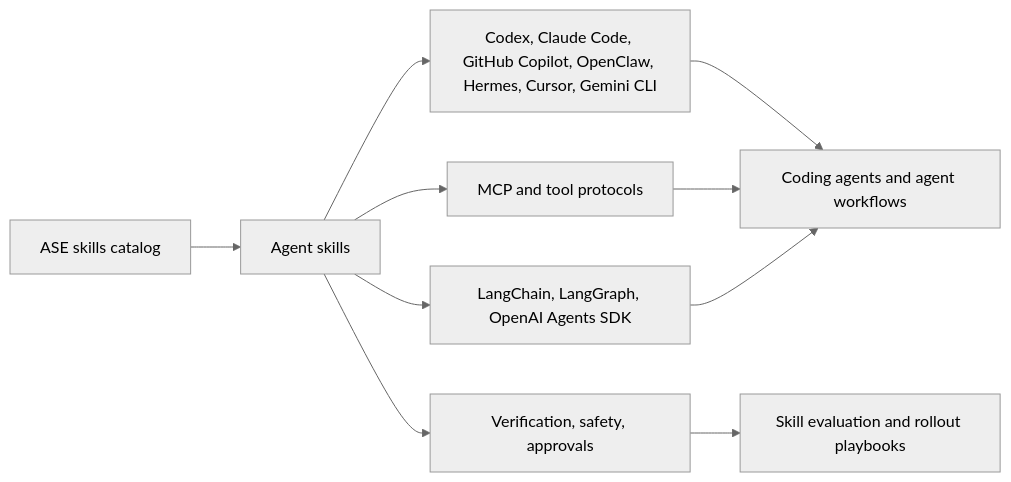
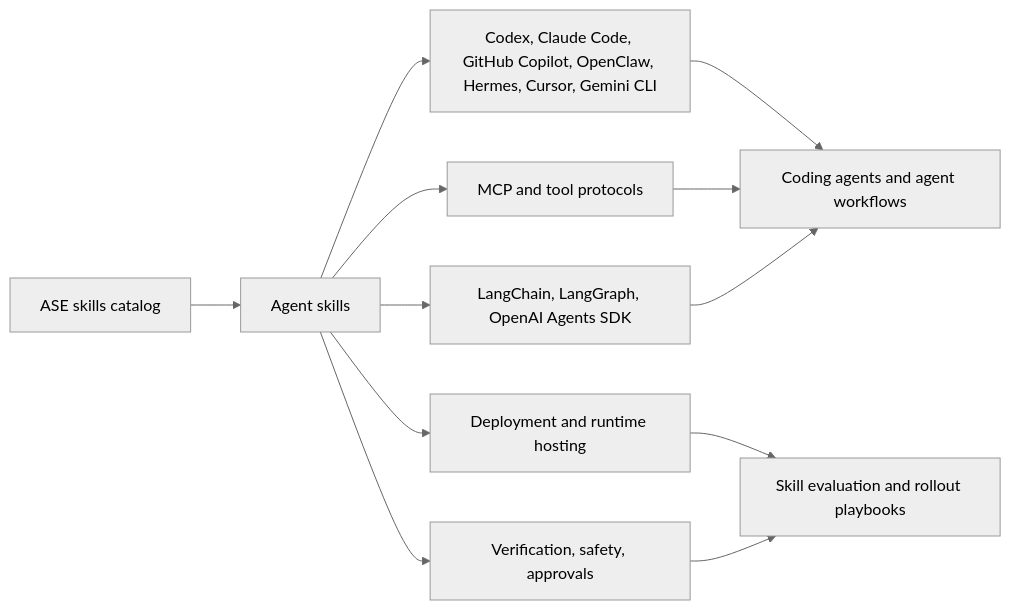
The first of 2 diagrams in overview.md (agentskillexchange/agent-skills-resources), drawn with Mermaid (neutral theme) before and after one commit. The commit also changed other lines of this file and 26 other files, not shown here.

Commit message:
docs: add deployment runtime coverage

````diff
--- a/overview.md
+++ b/overview.md
@@ -9,12 +9,14 @@
 ```mermaid
 flowchart LR
   Catalog["ASE skills catalog"] --> Skills["Agent skills"]
   Skills --> Runtimes["Codex, Claude Code, GitHub Copilot, OpenClaw, Hermes, Cursor, Gemini CLI"]
   Skills --> Protocols["MCP and tool protocols"]
   Skills --> Frameworks["LangChain, LangGraph, OpenAI Agents SDK"]
   Skills --> Evidence["Verification, safety, approvals"]
+  Skills --> Deployment["Deployment and runtime hosting"]
   Runtimes --> Workflows["Coding agents and agent workflows"]
   Protocols --> Workflows
   Frameworks --> Workflows
+  Deployment --> Rollout["Skill evaluation and rollout playbooks"]
   Evidence --> Rollout["Skill evaluation and rollout playbooks"]
 ```
````
